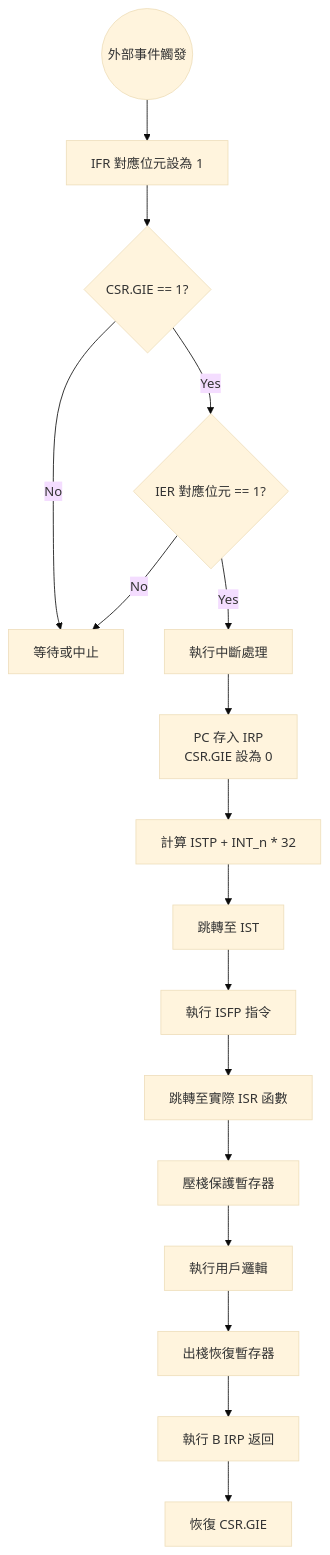
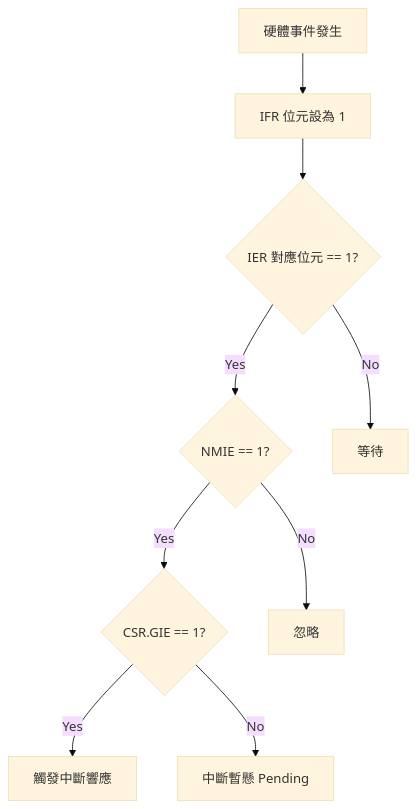
One commit to Wilfred430/Obsidian changed the first of 2 diagrams in DCS/TMS320C6000/中斷機制_Interrupt.md. Above: the diagram before and after it, drawn with Mermaid (base theme). The commit also changed other lines of this file and 6 other files, not shown here.

````diff
--- a/DCS/TMS320C6000/中斷機制_Interrupt.md
+++ b/DCS/TMS320C6000/中斷機制_Interrupt.md
@@ -100,22 +27,11 @@
 ```mermaid
-flowchart TD
-    Start((外部事件觸發)) --> IFR_Set[IFR 對應位元設為 1]
-    IFR_Set --> Check_GIE{CSR.GIE == 1?}
-    
-    Check_GIE -- No --> Wait[等待或中止]
-    Check_GIE -- Yes --> Check_IER{IER 對應位元 == 1?}
-    
-    Check_IER -- No --> Wait
-    Check_IER -- Yes --> Action[執行中斷處理]
-    
-    Action --> Save_PC[PC 存入 IRP <br/> CSR.GIE 設為 0]
-    Save_PC --> Calc_Addr[計算 ISTP + INT_n * 32]
-    Calc_Addr --> Jump[跳轉至 IST]
-    Jump --> Run_ISFP[執行 ISFP 指令]
-    Run_ISFP --> Branch_ISR[跳轉至實際 ISR 函數]
-    Branch_ISR --> Context_Save[壓棧保護暫存器]
-    Context_Save --> User_Code[執行用戶邏輯]
-    User_Code --> Context_Restore[出棧恢復暫存器]
-    Context_Restore --> Return[執行 B IRP 返回]
-    Return --> Restore_GIE[恢復 CSR.GIE]
+graph TD
+    Event[硬體事件發生] --> SetIFR[IFR 位元設為 1]
+    SetIFR --> CheckIER{IER 對應位元 == 1?}
+    CheckIER -- Yes --> CheckNMIE{NMIE == 1?}
+    CheckIER -- No --> Wait[等待]
+    CheckNMIE -- Yes --> CheckGIE{CSR.GIE == 1?}
+    CheckNMIE -- No --> Ignore[忽略]
+    CheckGIE -- Yes --> Trigger[觸發中斷響應]
+    CheckGIE -- No --> Pending[中斷暫懸 Pending]
 ```
````
